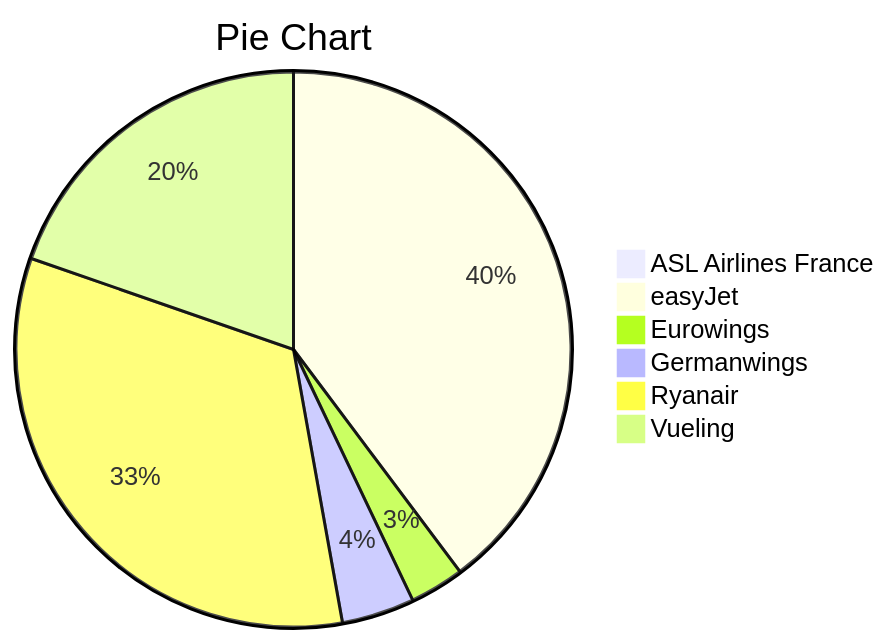
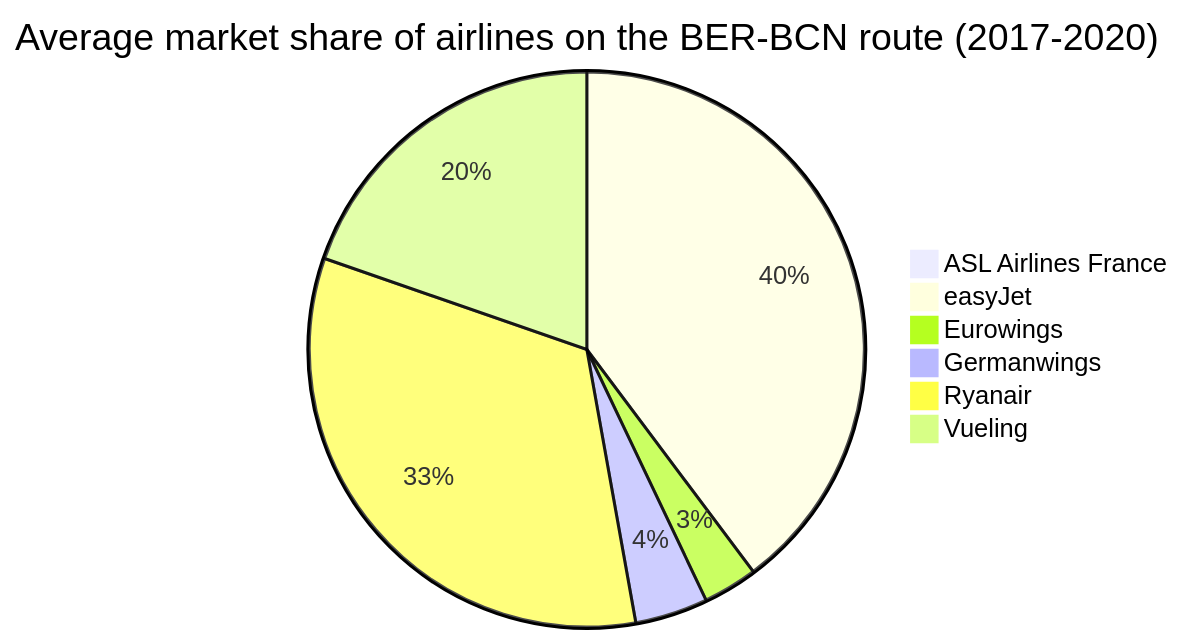
One commit to max-kuk/max-kuk.github.io changed the diagram in content/posts/flight_price_prediction.md. Above: the diagram before and after it, drawn with Mermaid.

```diff
--- a/content/posts/flight_price_prediction.md
+++ b/content/posts/flight_price_prediction.md
@@ -93,10 +93,10 @@
 {{< mermaid >}}
 pie
-    title Pie Chart
+    title Average market share of airlines on the BER-BCN route (2017-2020)
     "ASL Airlines France" : 0.02
     "easyJet" : 39.76
     "Eurowings" : 3.17
     "Germanwings" : 4.24
     "Ryanair" : 33.14
     "Vueling" : 19.68
 {{< /mermaid >}}
```
